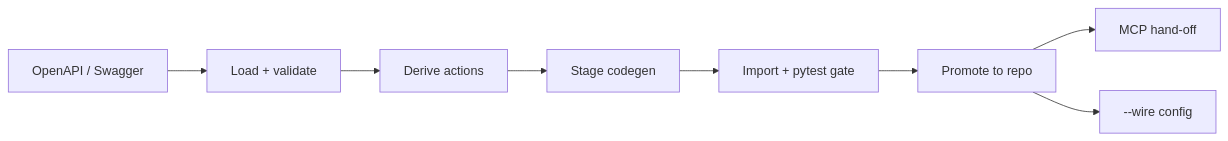
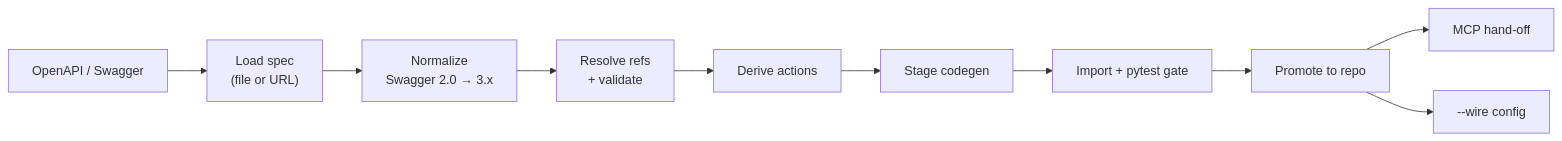
One commit to AOT-Technologies/node-wire changed the diagram in docs/nw-connector-builder.md. Above: the diagram before and after it, drawn with Mermaid. The commit also changed other lines of this file and 85 other files, not shown here.

````diff
--- a/docs/nw-connector-builder.md
+++ b/docs/nw-connector-builder.md
@@ -40,14 +40,16 @@
 ```mermaid
 flowchart LR
   spec[OpenAPI / Swagger]
-  load[Load + validate]
+  load["Load spec<br/>(file or URL)"]
+  normalize["Normalize<br/>Swagger 2.0 → 3.x"]
+  validate["Resolve refs<br/>+ validate"]
   derive[Derive actions]
   stage[Stage codegen]
   gate[Import + pytest gate]
   promote[Promote to repo]
   mcp[MCP hand-off]
   wire["--wire config"]
-  spec --> load --> derive --> stage --> gate --> promote
+  spec --> load --> normalize --> validate --> derive --> stage --> gate --> promote
   promote --> mcp
   promote --> wire
 ```
````
